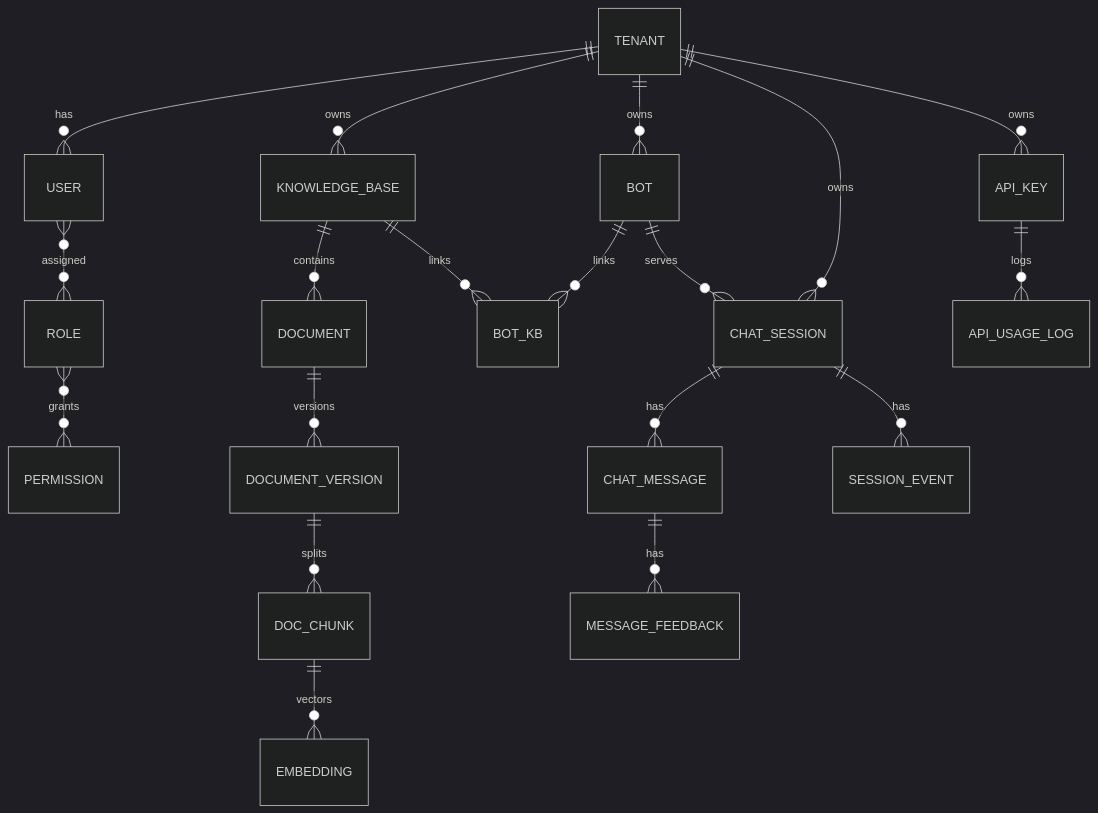
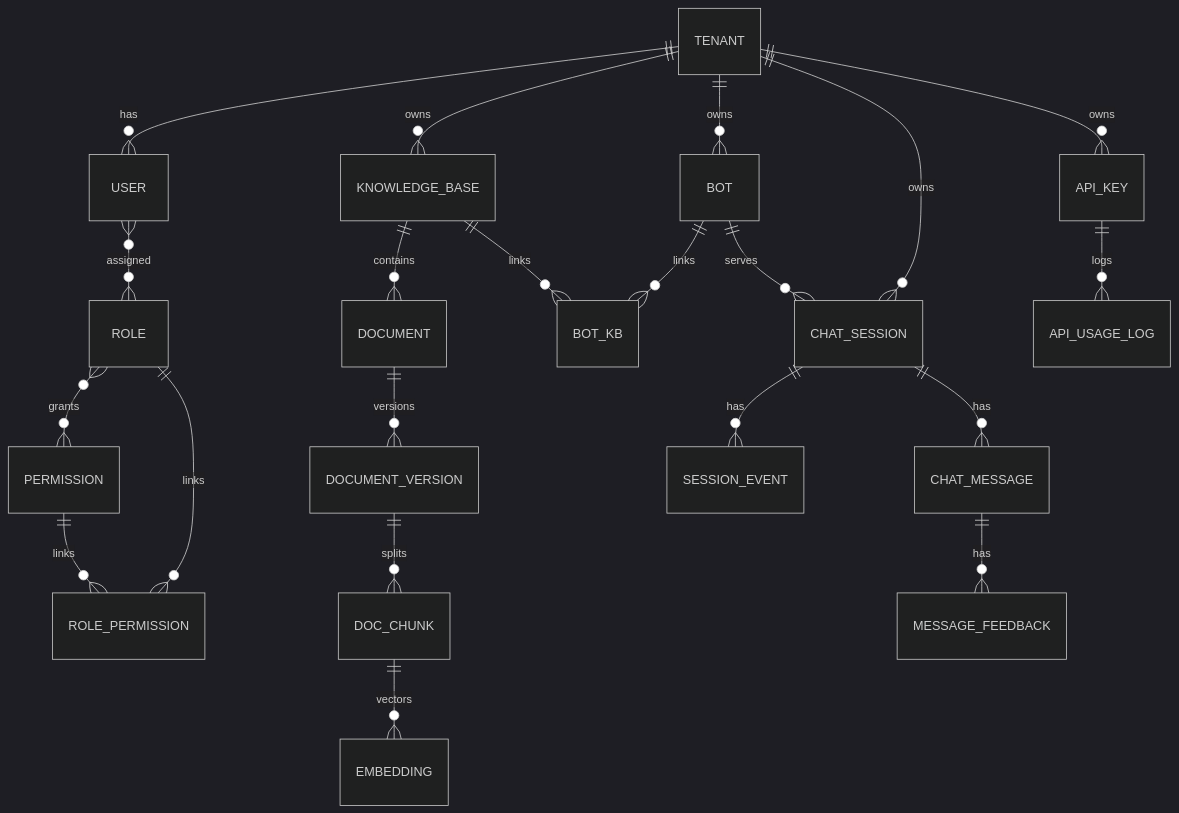
The diagram in docs/DataModel.md (ZTH7/RAGDesk), drawn with Mermaid (dark theme) before and after one commit. The commit also changed other lines of this file and 25 other files, not shown here.

````diff
--- a/docs/DataModel.md
+++ b/docs/DataModel.md
@@ -8,26 +8,28 @@
 ```mermaid
 erDiagram
 TENANT ||--o{ USER : has
 TENANT ||--o{ BOT : owns
 TENANT ||--o{ KNOWLEDGE_BASE : owns
 TENANT ||--o{ API_KEY : owns
 TENANT ||--o{ CHAT_SESSION : owns
 
 USER }o--o{ ROLE : assigned
 ROLE }o--o{ PERMISSION : grants
+ROLE ||--o{ ROLE_PERMISSION : links
+PERMISSION ||--o{ ROLE_PERMISSION : links
 
 BOT ||--o{ BOT_KB : links
 KNOWLEDGE_BASE ||--o{ BOT_KB : links
 
 KNOWLEDGE_BASE ||--o{ DOCUMENT : contains
 DOCUMENT ||--o{ DOCUMENT_VERSION : versions
 DOCUMENT_VERSION ||--o{ DOC_CHUNK : splits
 DOC_CHUNK ||--o{ EMBEDDING : vectors
 
 CHAT_SESSION ||--o{ CHAT_MESSAGE : has
 CHAT_MESSAGE ||--o{ MESSAGE_FEEDBACK : has
 CHAT_SESSION ||--o{ SESSION_EVENT : has
 
 BOT ||--o{ CHAT_SESSION : serves
 API_KEY ||--o{ API_USAGE_LOG : logs
 ```
````
